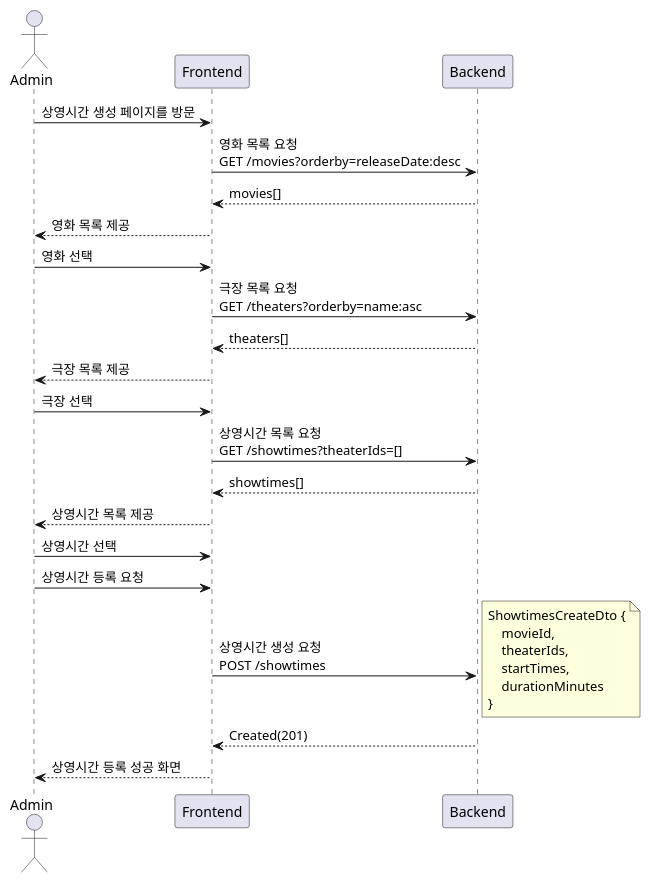
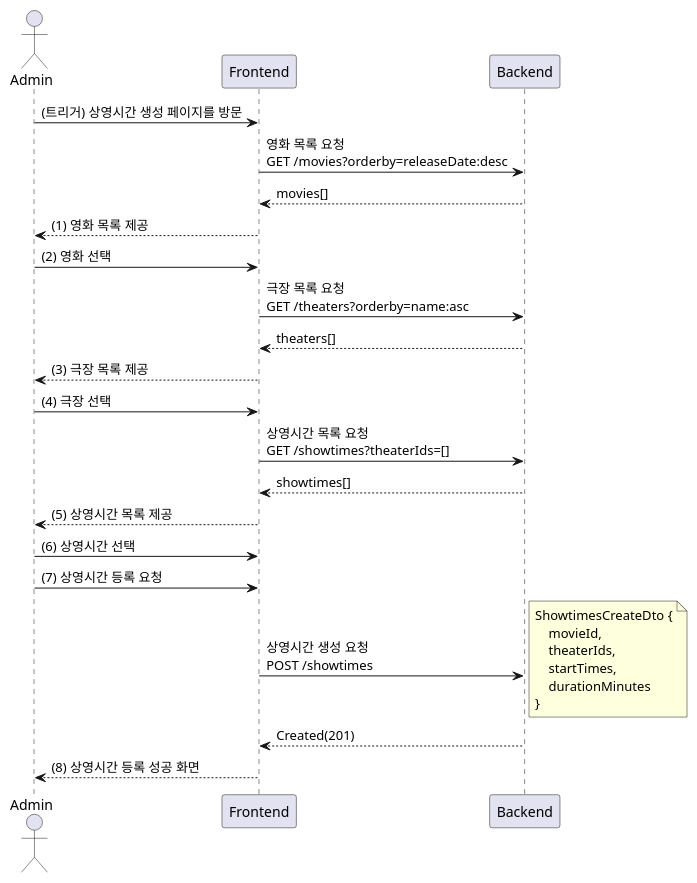
One commit to mannercode/mannercode.github.io changed the fourth of 11 diagrams in _posts/2025-05-01-movie-booking-system-2.md. Above: the diagram before and after it, drawn with PlantUML. The commit also changed other lines of this file and 7 other files, not shown here.

Commit message:
Refactor CreateShowtimes sequence diagram for clarity and consistency

```diff
--- a/_posts/2025-05-01-movie-booking-system-2.md
+++ b/_posts/2025-05-01-movie-booking-system-2.md
@@ -145,35 +145,35 @@
 {% plantuml %}
 @startuml
 actor Admin
-Admin -> Frontend: 상영시간 생성 페이지를 방문
+Admin -> Frontend: (트리거) 상영시간 생성 페이지를 방문
     Frontend -> Backend:영화 목록 요청\nGET /movies?orderby=releaseDate:desc
     Frontend <-- Backend: movies[]
-Admin <-- Frontend: 영화 목록 제공
+Admin <-- Frontend: (1) 영화 목록 제공
 
-Admin -> Frontend: 영화 선택
+Admin -> Frontend: (2) 영화 선택
     Frontend -> Backend:극장 목록 요청\nGET /theaters?orderby=name:asc
     Frontend <-- Backend: theaters[]
-Admin <-- Frontend: 극장 목록 제공
+Admin <-- Frontend: (3) 극장 목록 제공
 
-Admin -> Frontend: 극장 선택
+Admin -> Frontend: (4) 극장 선택
     Frontend -> Backend: 상영시간 목록 요청\nGET /showtimes?theaterIds=[]
     Frontend <-- Backend: showtimes[]
-Admin <-- Frontend: 상영시간 목록 제공
+Admin <-- Frontend: (5) 상영시간 목록 제공
 
-Admin -> Frontend: 상영시간 선택
+Admin -> Frontend: (6) 상영시간 선택
 
-Admin -> Frontend: 상영시간 등록 요청
+Admin -> Frontend: (7) 상영시간 등록 요청
     Frontend -> Backend: 상영시간 생성 요청\nPOST /showtimes
         note right
         ShowtimesCreateDto {
             movieId,
             theaterIds,
             startTimes,
             durationMinutes
         }
         end note
     Frontend <-- Backend: Created(201)
-Admin <-- Frontend: 상영시간 등록 성공 화면
+Admin <-- Frontend: (8) 상영시간 등록 성공 화면
 
 @enduml
 {% endplantuml %}
```
